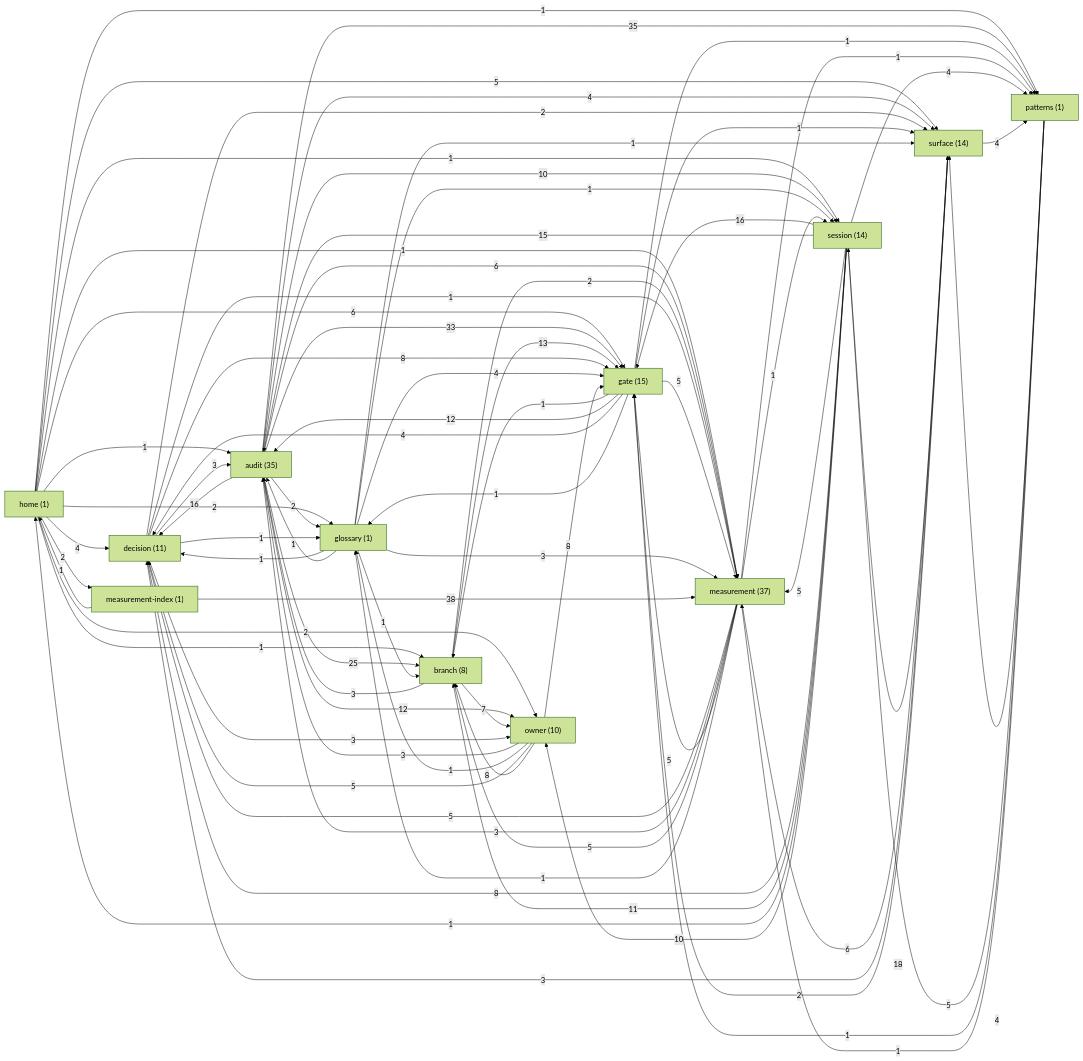
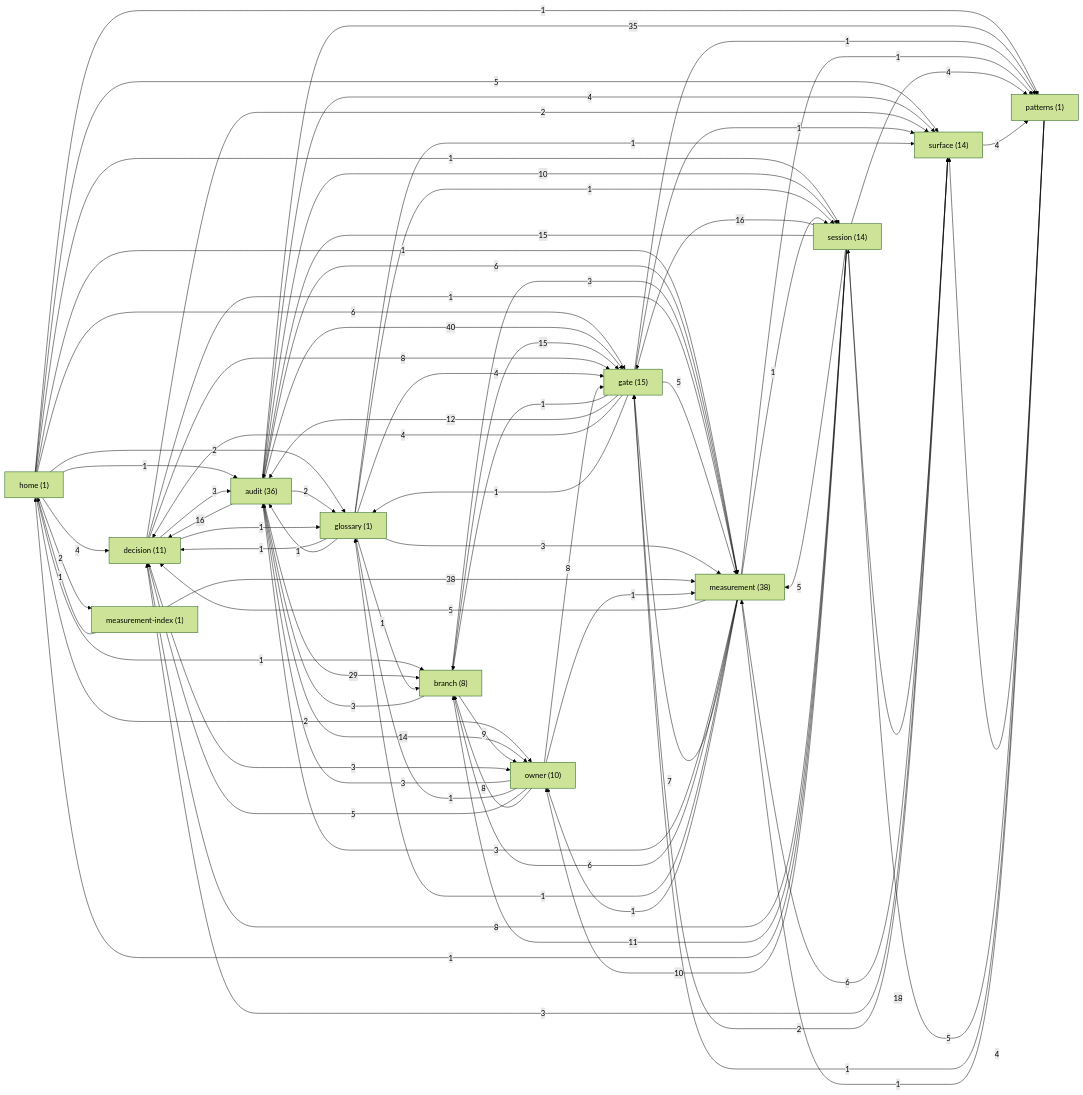
Before and after one commit to sergey9519546/STORYMACHINE: the diagram in docs/brain/GRAPH.md, drawn with Mermaid (forest theme). The commit also changed other lines of this file and 1 other file, not shown here.

First line of the commit message:
docs(brain): regenerate graph on the feature-length candidate

````diff
--- a/docs/brain/GRAPH.md
+++ b/docs/brain/GRAPH.md
@@ -9,11 +9,11 @@
 ```mermaid
 graph LR
   home["home (1)"]
-  audit["audit (35)"]
+  audit["audit (36)"]
   branch["branch (8)"]
   decision["decision (11)"]
   gate["gate (15)"]
-  measurement["measurement (37)"]
+  measurement["measurement (38)"]
   glossary["glossary (1)"]
   measurement_index["measurement-index (1)"]
   owner["owner (10)"]
@@ -33,17 +33,17 @@
   home -->|1| patterns
   audit -->|2| glossary
   audit -->|10| session
-  audit -->|25| branch
-  audit -->|33| gate
+  audit -->|29| branch
+  audit -->|40| gate
   audit -->|16| decision
   audit -->|35| patterns
-  audit -->|12| owner
+  audit -->|14| owner
   audit -->|4| surface
   audit -->|6| measurement
   branch -->|3| audit
-  branch -->|7| owner
-  branch -->|13| gate
-  branch -->|2| measurement
+  branch -->|9| owner
+  branch -->|15| gate
+  branch -->|3| measurement
   decision -->|3| audit
   decision -->|8| gate
   decision -->|3| owner
@@ -66,9 +66,10 @@
   glossary -->|1| session
   glossary -->|1| decision
   glossary -->|1| audit
-  measurement -->|5| branch
-  measurement -->|5| gate
+  measurement -->|6| branch
+  measurement -->|7| gate
   measurement -->|1| glossary
+  measurement -->|1| owner
   measurement -->|1| session
   measurement -->|1| patterns
   measurement -->|6| surface
@@ -79,6 +80,7 @@
   owner -->|1| glossary
   owner -->|5| decision
   owner -->|8| branch
+  owner -->|1| measurement
   patterns -->|5| session
   patterns -->|4| surface
   patterns -->|1| gate
````
